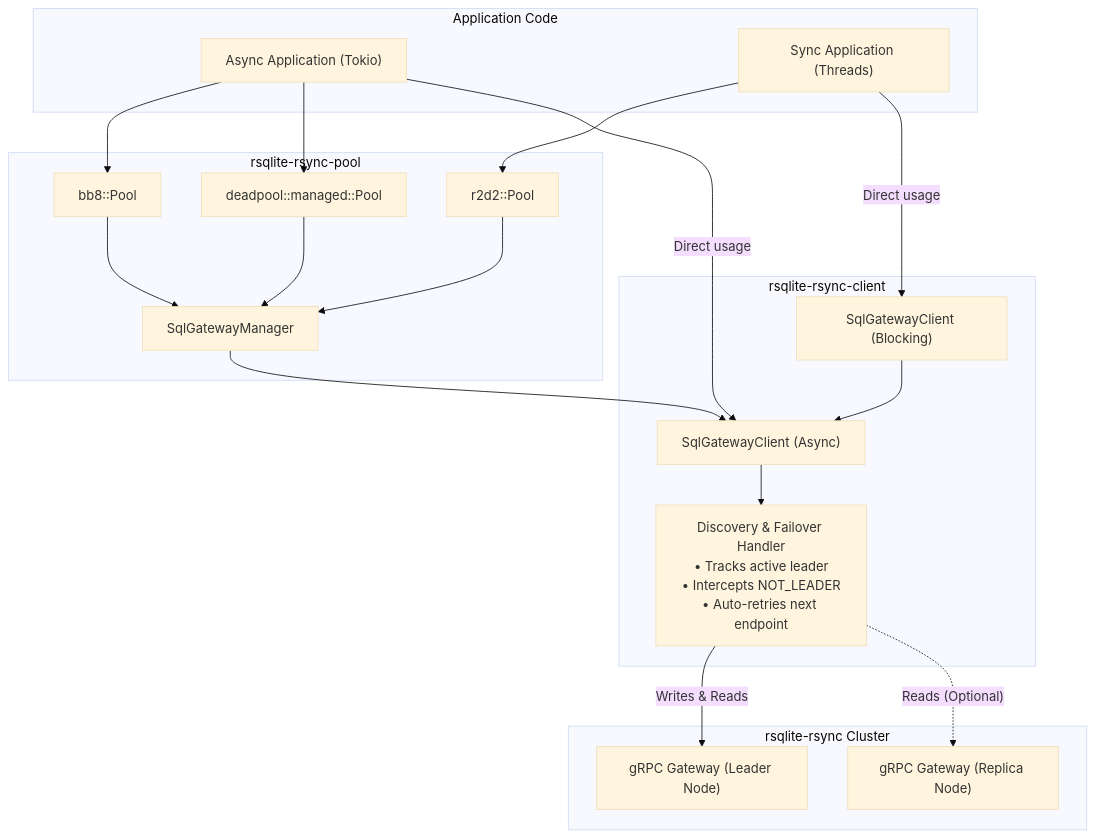
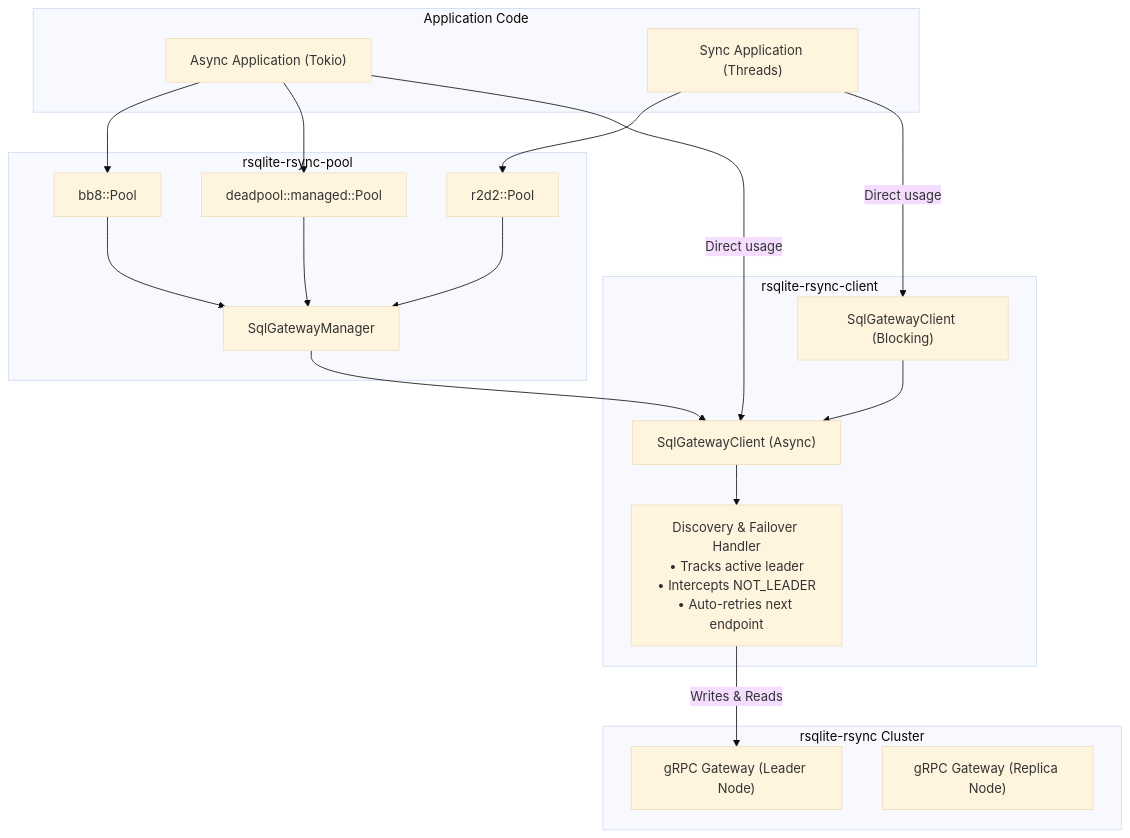
One commit to sria91/rsqlite-rsync changed the fifth of 11 diagrams in docs/architecture-diagrams.md. Above: the diagram before and after it, drawn with Mermaid (base theme). The commit also changed other lines of this file, not shown here.

First line of the commit message:
docs: address PR review feedback on architecture diagrams

````diff
--- a/docs/architecture-diagrams.md
+++ b/docs/architecture-diagrams.md
@@ -107,41 +108,40 @@
 ```mermaid
 graph TD
     subgraph Consumer["Application Code"]
         AsyncApp["Async Application (Tokio)"]
         SyncApp["Sync Application (Threads)"]
     end
 
     subgraph PoolCrate["rsqlite-rsync-pool"]
         BB8Pool["bb8::Pool"]
         DeadPool["deadpool::managed::Pool"]
         R2D2Pool["r2d2::Pool"]
         Manager["SqlGatewayManager"]
     end
 
     subgraph ClientCrate["rsqlite-rsync-client"]
         AsyncClient["SqlGatewayClient (Async)"]
         BlockingClient["SqlGatewayClient (Blocking)"]
         Discovery["Discovery & Failover Handler<br/>• Tracks active leader<br/>• Intercepts NOT_LEADER<br/>• Auto-retries next endpoint"]
     end
 
     subgraph Cluster["rsqlite-rsync Cluster"]
         Leader["gRPC Gateway (Leader Node)"]
         Replica["gRPC Gateway (Replica Node)"]
     end
 
     AsyncApp --> BB8Pool
     AsyncApp --> DeadPool
     SyncApp --> R2D2Pool
     AsyncApp -->|Direct usage| AsyncClient
     SyncApp -->|Direct usage| BlockingClient
 
     BB8Pool --> Manager
     DeadPool --> Manager
     R2D2Pool --> Manager
     Manager --> AsyncClient
 
     BlockingClient --> AsyncClient
     AsyncClient --> Discovery
     Discovery -->|"Writes & Reads"| Leader
-    Discovery -.->|"Reads (Optional)"| Replica
 ```
````
